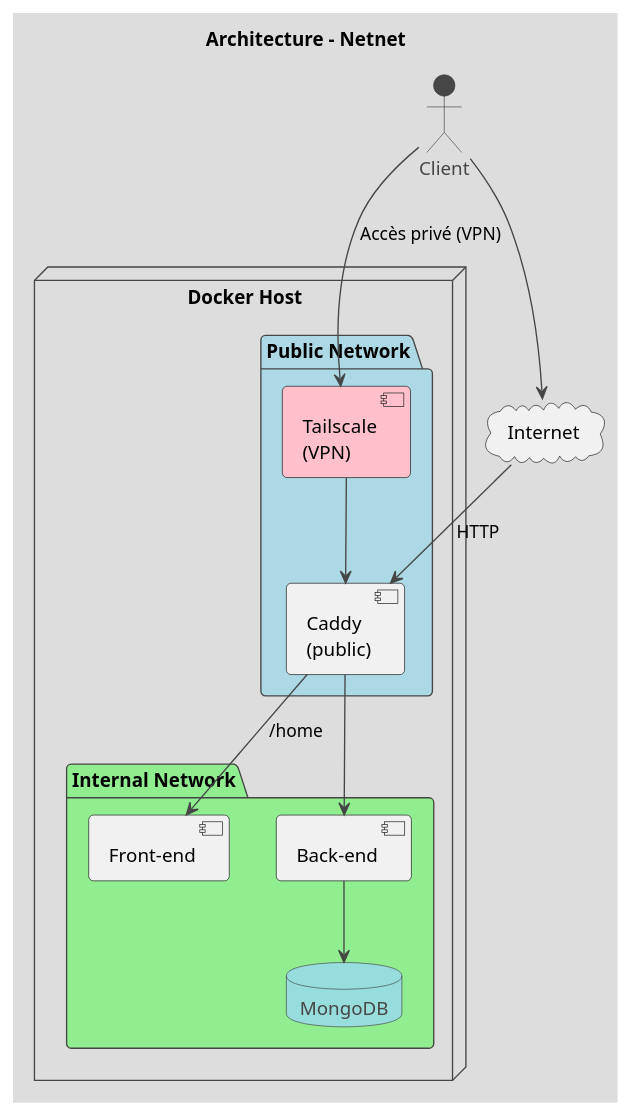
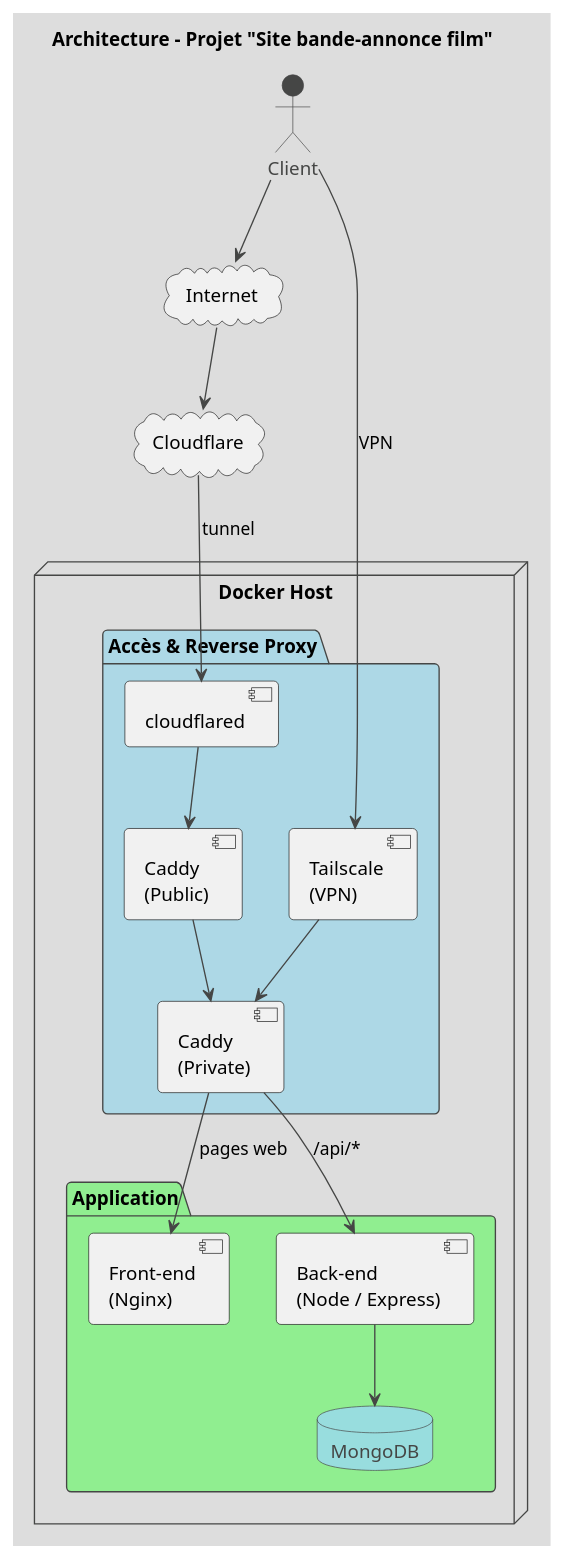
The diagram in architecture.puml (RAYWINN43/Projet_DOCKER), drawn with PlantUML before and after one commit. The commit also changed 8 other files, not shown here.

```diff
--- a/architecture.puml
+++ b/architecture.puml
@@ -1,32 +1,44 @@
 @startuml
 !theme toy
-title Architecture – Netnet 
-actor Client
+title Architecture – Projet "Site bande-annonce film"
+
+actor "Client" as Client
 
 cloud "Internet" as Internet
+cloud "Cloudflare" as Cloudflare
 
 node "Docker Host" {
 
-  package "Public Network" #LightBlue {
-    component "Caddy\n(public)" as Caddy
-    component "Tailscale\n(VPN)" as TS #Pink
+  package "Accès & Reverse Proxy" #LightBlue {
+    component "cloudflared" as Cloudflared
+    component "Caddy\n(Public)" as CaddyPublic
+    component "Caddy\n(Private)" as CaddyPrivate
+    component "Tailscale\n(VPN)" as Tailscale
   }
 
-  package "Internal Network" #LightGreen {
-    component "Front-end" as Front
-    component "Back-end" as API
+  package "Application" #LightGreen {
+    component "Front-end\n(Nginx)" as Front
+    component "Back-end\n(Node / Express)" as API
     database "MongoDB" as DB
   }
 }
 
+' --- Accès public
 Client --> Internet
-Internet --> Caddy : HTTP
-Caddy --> Front : /home
-Caddy --> API 
+Internet --> Cloudflare
+Cloudflare --> Cloudflared : tunnel
+Cloudflared --> CaddyPublic
 
+' --- Reverse proxy interne
+CaddyPublic --> CaddyPrivate
+CaddyPrivate --> Front : pages web
+CaddyPrivate --> API   : /api/*
+
+' --- Base de données
 API --> DB
 
-Client --> TS : Accès privé (VPN)
-TS --> Caddy
+' --- Accès privé
+Client --> Tailscale : VPN
+Tailscale --> CaddyPrivate
 
 @enduml
```
